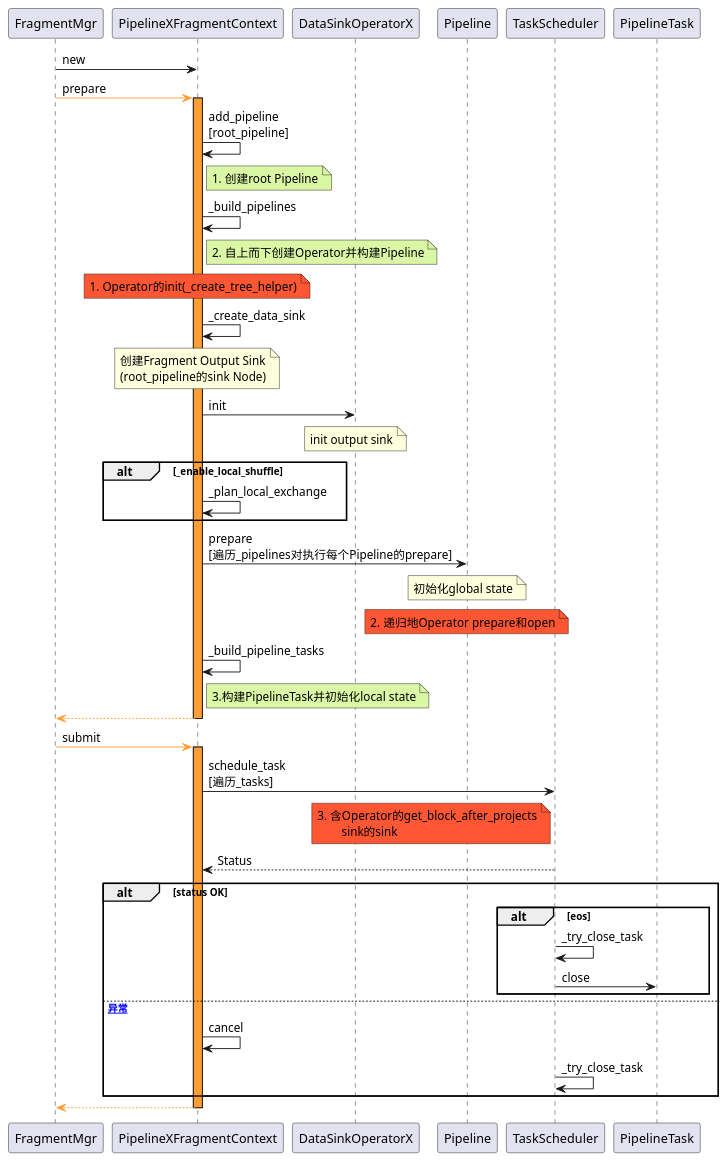
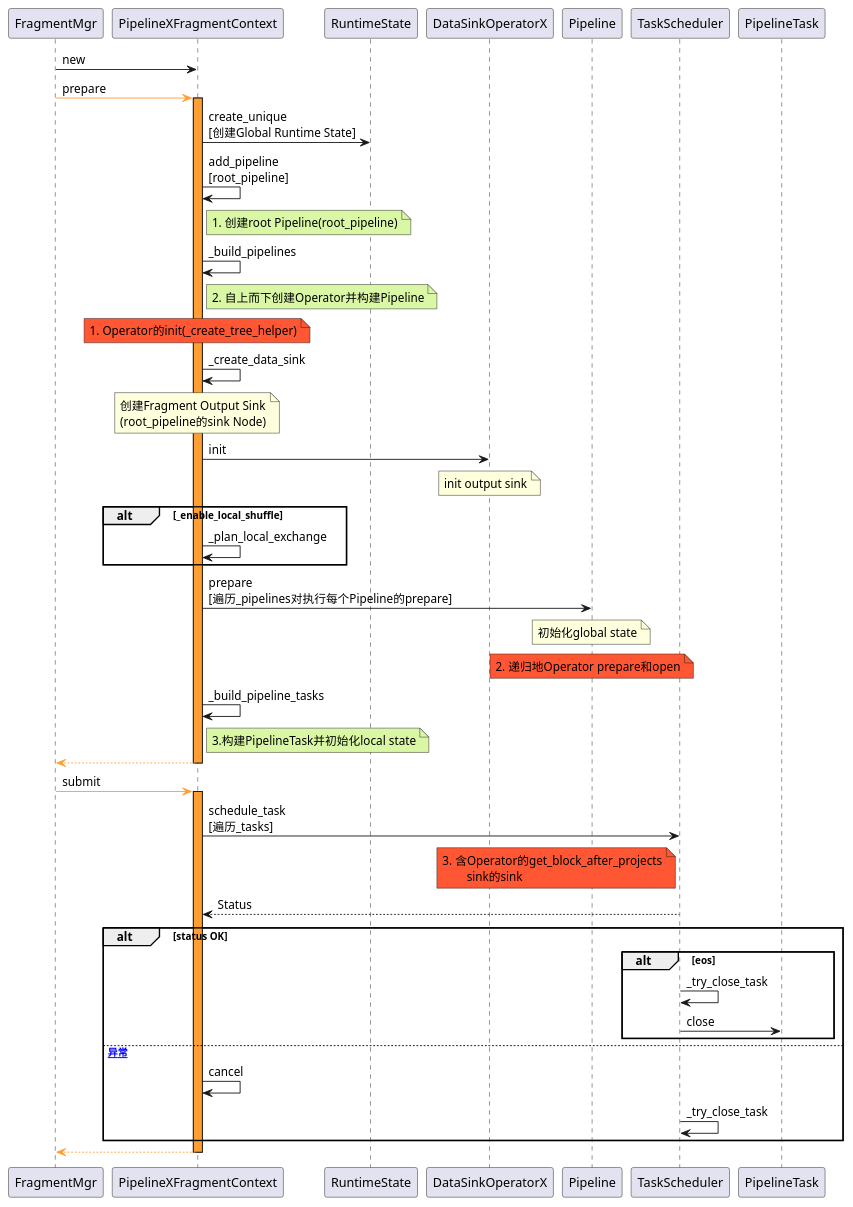
The first of 2 diagrams in doc/DB/Doris/SourceRead/13_00_Exec_PipelineX.md (DepInjoy/geektime), drawn with PlantUML before and after one commit. The commit also changed 5 other files, not shown here.

````diff
--- a/doc/DB/Doris/SourceRead/13_00_Exec_PipelineX.md
+++ b/doc/DB/Doris/SourceRead/13_00_Exec_PipelineX.md
@@ -1,50 +1,51 @@
 ```plantuml
 @startuml
 FragmentMgr -> PipelineXFragmentContext:new
 FragmentMgr -[#FF9F33]> PipelineXFragmentContext:prepare
 activate PipelineXFragmentContext #FF9F33
+PipelineXFragmentContext -> RuntimeState:create_unique\n[创建Global Runtime State]
 PipelineXFragmentContext -> PipelineXFragmentContext:add_pipeline\n[root_pipeline]
-note right of PipelineXFragmentContext #DAF7A6 : 1. 创建root Pipeline
+note right of PipelineXFragmentContext #DAF7A6 : 1. 创建root Pipeline(root_pipeline)
 
 PipelineXFragmentContext -> PipelineXFragmentContext:_build_pipelines
 note right of PipelineXFragmentContext #DAF7A6 : 2. 自上而下创建Operator并构建Pipeline
 note over of PipelineXFragmentContext #FF5733 : 1. Operator的init(_create_tree_helper)
 
 PipelineXFragmentContext -> PipelineXFragmentContext:_create_data_sink
 note over of PipelineXFragmentContext: 创建Fragment Output Sink\n(root_pipeline的sink Node)
 
 PipelineXFragmentContext -> DataSinkOperatorX:init
 note over of DataSinkOperatorX : init output sink
 
 alt _enable_local_shuffle
 PipelineXFragmentContext -> PipelineXFragmentContext:_plan_local_exchange
 end
 
 PipelineXFragmentContext -> Pipeline:prepare\n[遍历_pipelines对执行每个Pipeline的prepare]
 note over of Pipeline: 初始化global state
 note over of Pipeline #FF5733 : 2. 递归地Operator prepare和open
 
 PipelineXFragmentContext -> PipelineXFragmentContext :_build_pipeline_tasks
 note right of PipelineXFragmentContext #DAF7A6 : 3.构建PipelineTask并初始化local state
 
 PipelineXFragmentContext -[#FF9F33]-> FragmentMgr
 deactivate PipelineXFragmentContext
 
 FragmentMgr -[#FF9F33]> PipelineXFragmentContext:submit
 activate PipelineXFragmentContext #FF9F33
 PipelineXFragmentContext -> TaskScheduler:schedule_task\n[遍历_tasks]
 note left of TaskScheduler #FF5733 : 3. 含Operator的get_block_after_projects\n\tsink的sink
 TaskScheduler --> PipelineXFragmentContext : Status
 alt status OK
     alt eos
         TaskScheduler -> TaskScheduler:_try_close_task
         TaskScheduler -> PipelineTask:close
     end
 else [异常]
     PipelineXFragmentContext -> PipelineXFragmentContext:cancel
     TaskScheduler -> TaskScheduler:_try_close_task
 end
 PipelineXFragmentContext -[#FF9F33]-> FragmentMgr
 deactivate PipelineXFragmentContext
 @enduml
 ```
````
